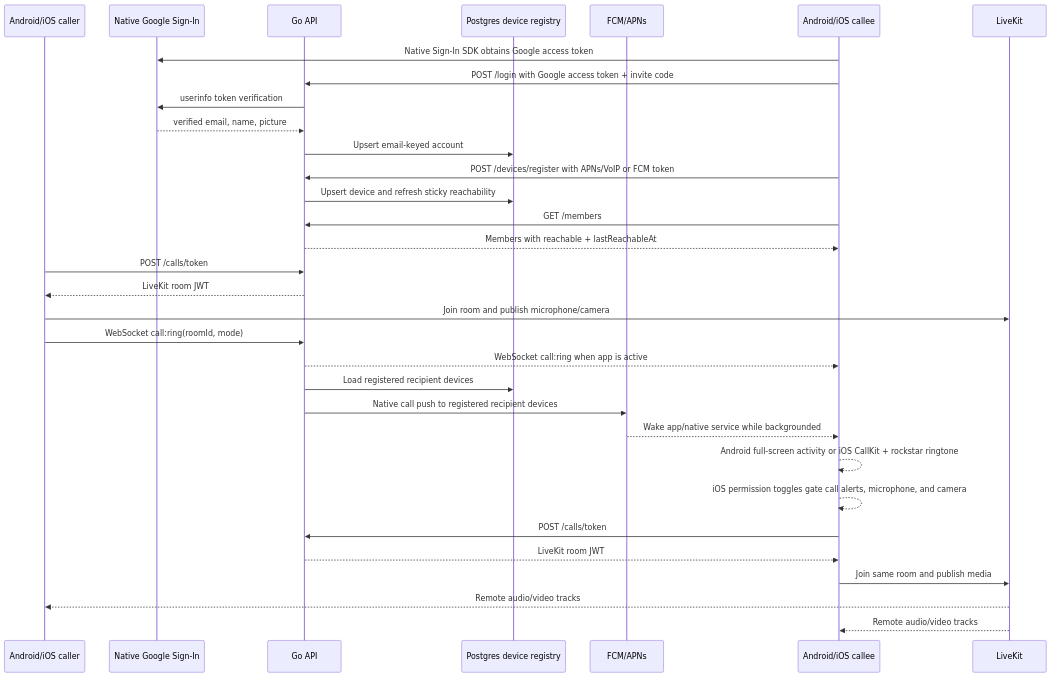
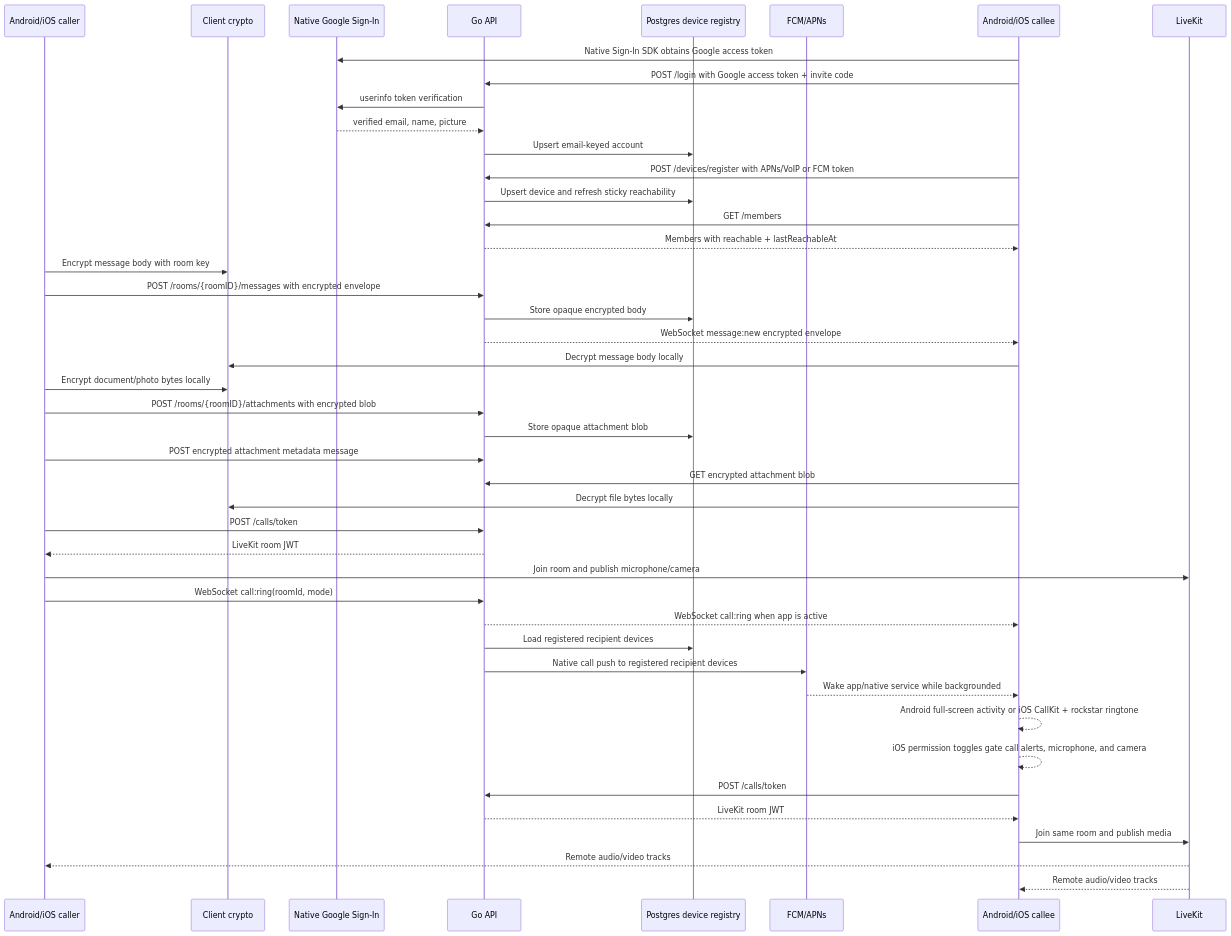
The second of 3 diagrams in README.md (calvarado2004/phone-levelg), drawn with Mermaid before and after one commit. The commit also changed other lines of this file and 10 other files, not shown here.

Commit message:
Add encrypted direct chat attachments

````diff
--- a/README.md
+++ b/README.md
@@ -96,35 +99,47 @@
 ```mermaid
 sequenceDiagram
   participant Caller as Android/iOS caller
+  participant Crypto as Client crypto
   participant Google as Native Google Sign-In
   participant API as Go API
   participant DB as Postgres device registry
   participant Push as FCM/APNs
   participant Callee as Android/iOS callee
   participant LiveKit as LiveKit
 
   Callee->>Google: Native Sign-In SDK obtains Google access token
   Callee->>API: POST /login with Google access token + invite code
   API->>Google: userinfo token verification
   Google-->>API: verified email, name, picture
   API->>DB: Upsert email-keyed account
   Callee->>API: POST /devices/register with APNs/VoIP or FCM token
   API->>DB: Upsert device and refresh sticky reachability
   Callee->>API: GET /members
   API-->>Callee: Members with reachable + lastReachableAt
+  Caller->>Crypto: Encrypt message body with room key
+  Caller->>API: POST /rooms/{roomID}/messages with encrypted envelope
+  API->>DB: Store opaque encrypted body
+  API-->>Callee: WebSocket message:new encrypted envelope
+  Callee->>Crypto: Decrypt message body locally
+  Caller->>Crypto: Encrypt document/photo bytes locally
+  Caller->>API: POST /rooms/{roomID}/attachments with encrypted blob
+  API->>DB: Store opaque attachment blob
+  Caller->>API: POST encrypted attachment metadata message
+  Callee->>API: GET encrypted attachment blob
+  Callee->>Crypto: Decrypt file bytes locally
   Caller->>API: POST /calls/token
   API-->>Caller: LiveKit room JWT
   Caller->>LiveKit: Join room and publish microphone/camera
   Caller->>API: WebSocket call:ring(roomId, mode)
   API-->>Callee: WebSocket call:ring when app is active
   API->>DB: Load registered recipient devices
   API->>Push: Native call push to registered recipient devices
   Push-->>Callee: Wake app/native service while backgrounded
   Callee-->>Callee: Android full-screen activity or iOS CallKit + rockstar ringtone
   Callee-->>Callee: iOS permission toggles gate call alerts, microphone, and camera
   Callee->>API: POST /calls/token
   API-->>Callee: LiveKit room JWT
   Callee->>LiveKit: Join same room and publish media
   LiveKit-->>Caller: Remote audio/video tracks
   LiveKit-->>Callee: Remote audio/video tracks
 ```
````
